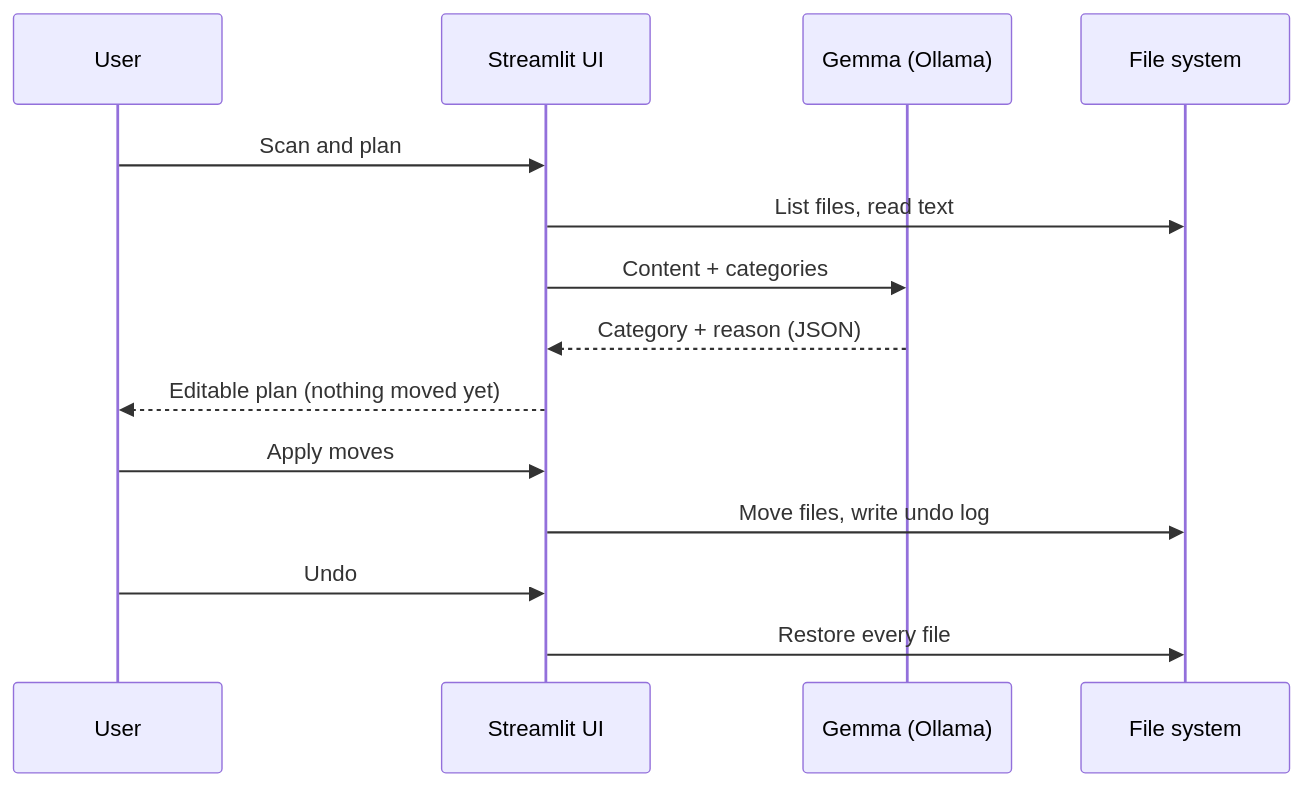
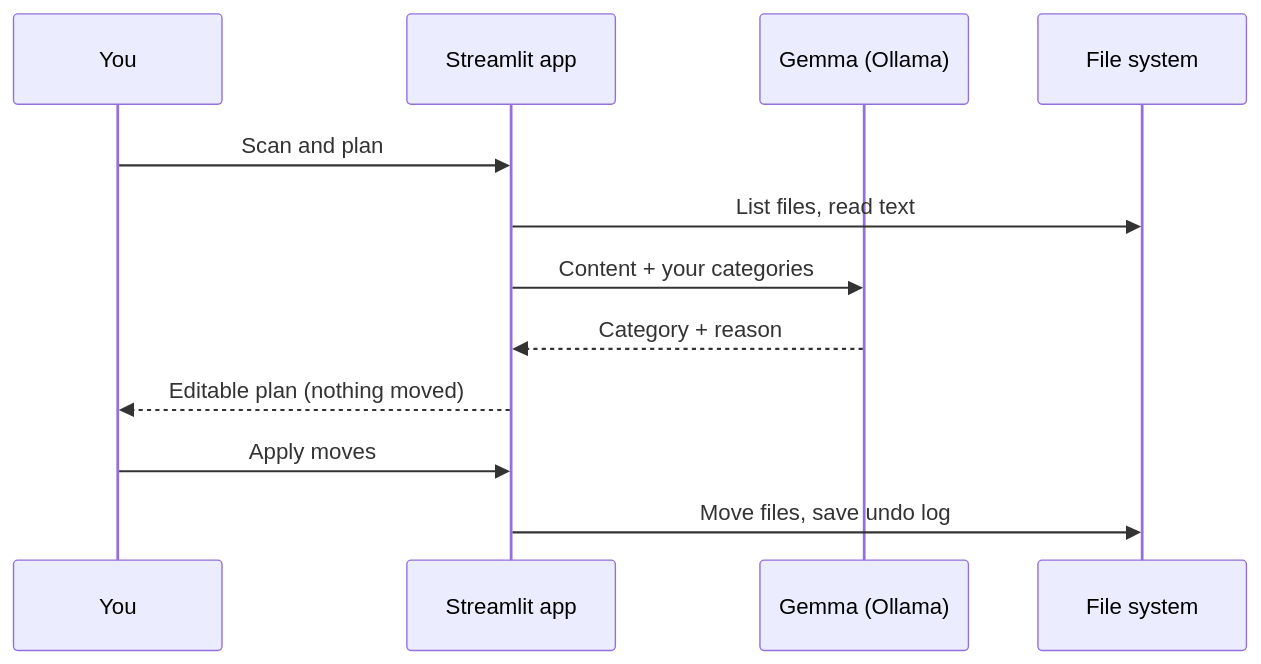
One commit to mauryasagar/ai-file-organizer changed the second of 2 diagrams in README.md. Above: the diagram before and after it, drawn with Mermaid. The commit also changed other lines of this file, not shown here.

````diff
--- a/README.md
+++ b/README.md
@@ -27,16 +68,14 @@
 ```mermaid
 sequenceDiagram
-    participant U as User
-    participant UI as Streamlit UI
+    participant U as You
+    participant UI as Streamlit app
     participant G as Gemma (Ollama)
     participant FS as File system
     U->>UI: Scan and plan
     UI->>FS: List files, read text
-    UI->>G: Content + categories
-    G-->>UI: Category + reason (JSON)
-    UI-->>U: Editable plan (nothing moved yet)
+    UI->>G: Content + your categories
+    G-->>UI: Category + reason
+    UI-->>U: Editable plan (nothing moved)
     U->>UI: Apply moves
-    UI->>FS: Move files, write undo log
-    U->>UI: Undo
-    UI->>FS: Restore every file
+    UI->>FS: Move files, save undo log
 ```
````
